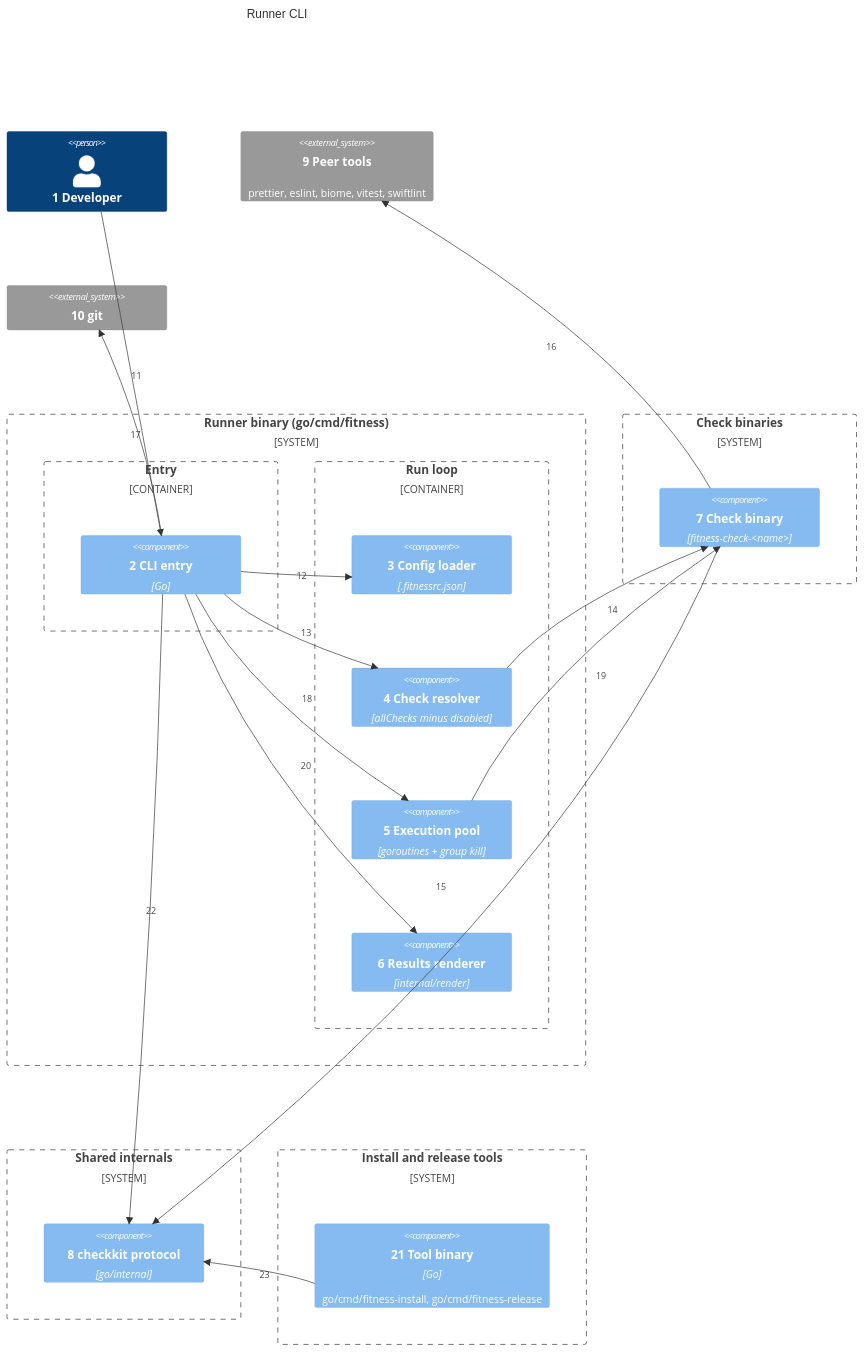
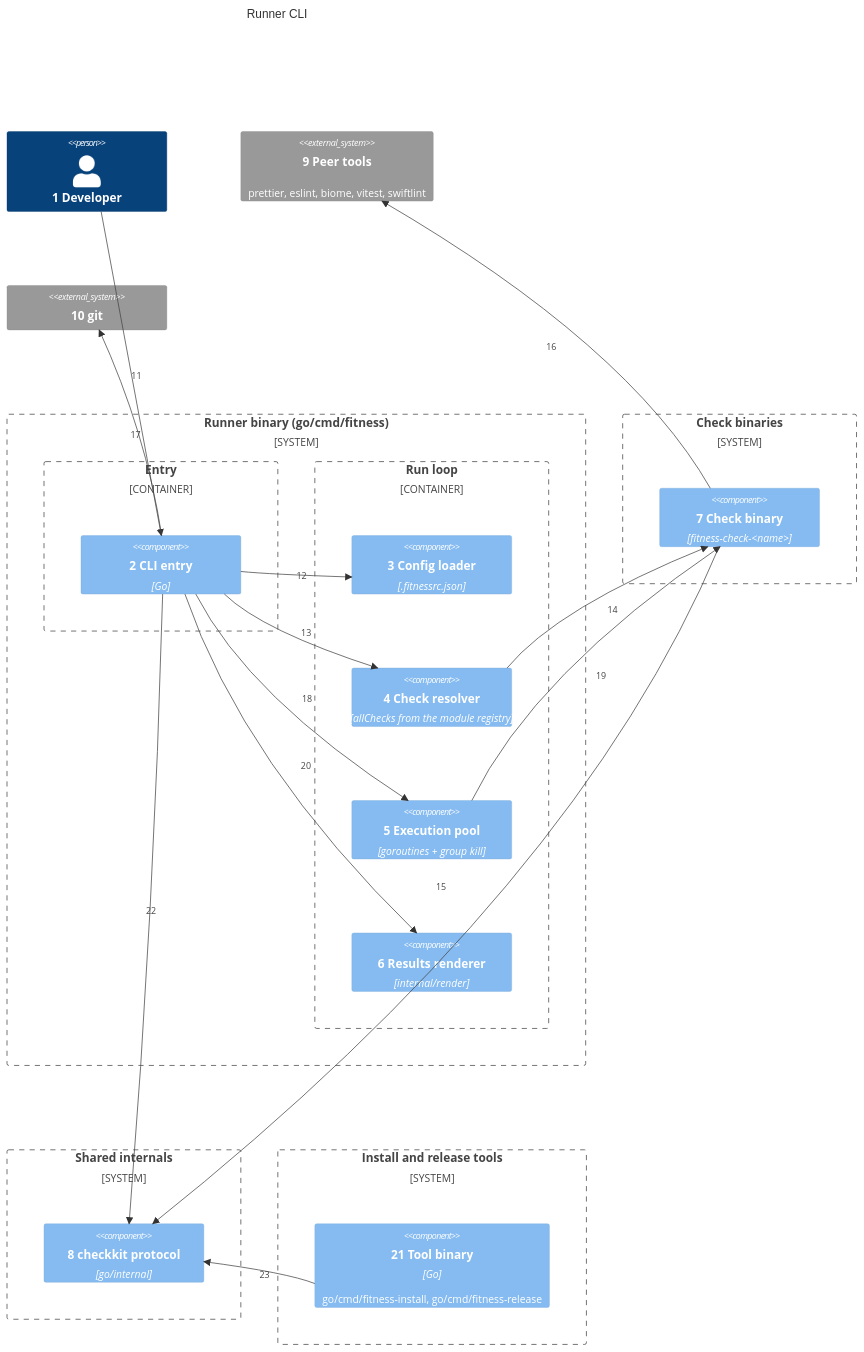
One commit to may-journal/fitness-runner changed the first of 2 diagrams in docs/architecture/03-components.md. Above: the diagram before and after it, drawn with Mermaid. The commit also changed other lines of this file and 9 other files, not shown here.

First line of the commit message:
refactor(lang): list checks, lockfiles and dictionaries from a module registry

````diff
--- a/docs/architecture/03-components.md
+++ b/docs/architecture/03-components.md
@@ -8,46 +8,46 @@
 ```mermaid
 C4Component
     title Runner CLI
 
     Person(developer, "1 Developer")
 
     System_Boundary(cli, "Runner binary (go/cmd/fitness)") {
         Container_Boundary(entry, "Entry") {
             Component(main, "2 CLI entry", "Go")
         }
         Container_Boundary(runner, "Run loop") {
             Component(config, "3 Config loader", ".fitnessrc.json")
-            Component(resolve, "4 Check resolver", "allChecks minus disabled")
+            Component(resolve, "4 Check resolver", "allChecks from the module registry")
             Component(execute, "5 Execution pool", "goroutines + group kill")
             Component(output, "6 Results renderer", "internal/render")
         }
     }
 
     System_Boundary(checks, "Check binaries") {
         Component(check, "7 Check binary", "fitness-check-<name>")
     }
 
     System_Boundary(shared, "Shared internals") {
         Component(kit, "8 checkkit protocol", "go/internal")
     }
 
     System_Boundary(tools, "Install and release tools") {
         Component(tool, "21 Tool binary", "Go", "go/cmd/fitness-install, go/cmd/fitness-release")
     }
 
     System_Ext(peers, "9 Peer tools", "prettier, eslint, biome, vitest, swiftlint")
     System_Ext(git, "10 git")
 
     Rel(developer, main, "11")
     Rel(main, config, "12")
     Rel(main, resolve, "13")
     Rel(resolve, check, "14")
     Rel(main, git, "17")
     Rel(main, execute, "18")
     Rel(execute, check, "19")
     Rel(main, output, "20")
     Rel(check, kit, "15")
     Rel(check, peers, "16")
     Rel(main, kit, "22")
     Rel(tool, kit, "23")
 ```
````
